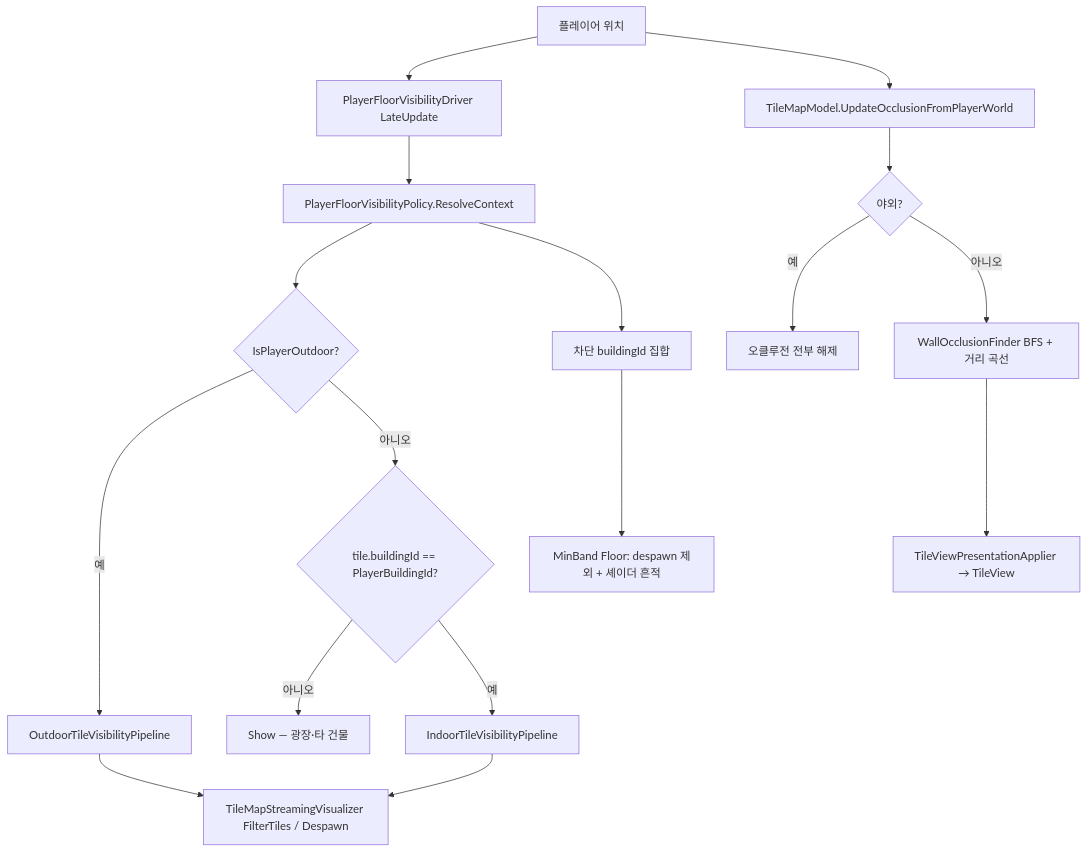
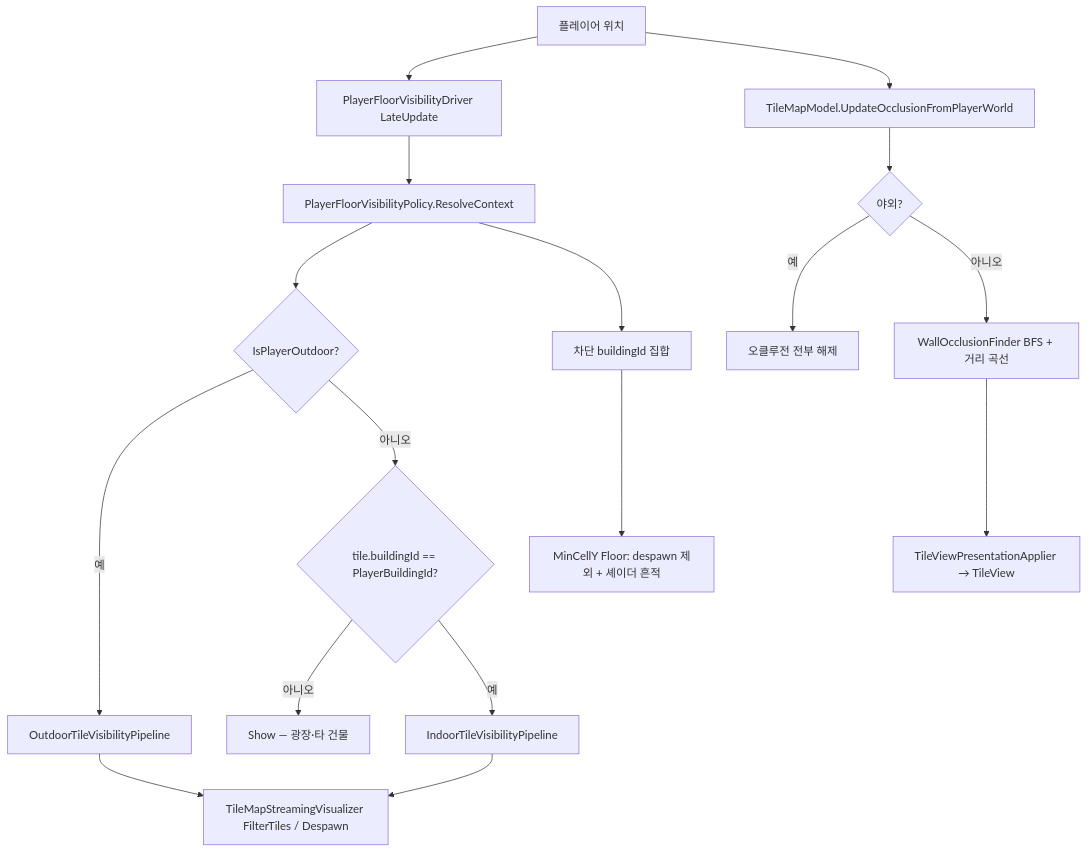
One commit to garunnir/Project_Pictureless changed the diagram in Assets/Dist/Scripts/Map/TileMap/TILEMAP_VISIBILITY.md. Above: the diagram before and after it, drawn with Mermaid. The commit also changed other lines of this file and 23 other files, not shown here.

First line of the commit message:
Use cellY instead of band for floor indexing

````diff
--- a/Assets/Dist/Scripts/Map/TileMap/TILEMAP_VISIBILITY.md
+++ b/Assets/Dist/Scripts/Map/TileMap/TILEMAP_VISIBILITY.md
@@ -17,20 +19,20 @@
 ```mermaid
 flowchart TD
     Player[플레이어 위치] --> Driver[PlayerFloorVisibilityDriver LateUpdate]
     Driver --> Policy[PlayerFloorVisibilityPolicy.ResolveContext]
     Policy --> Outdoor{IsPlayerOutdoor?}
     Outdoor -->|예| OutdoorPipe[OutdoorTileVisibilityPipeline]
     Outdoor -->|아니오| IndoorBranch{tile.buildingId == PlayerBuildingId?}
     IndoorBranch -->|아니오| ShowOther[Show — 광장·타 건물]
     IndoorBranch -->|예| IndoorPipe[IndoorTileVisibilityPipeline]
     OutdoorPipe --> Stream[TileMapStreamingVisualizer FilterTiles / Despawn]
     IndoorPipe --> Stream
     Policy --> SightLine[차단 buildingId 집합]
-    SightLine --> MinFloor[MinBand Floor: despawn 제외 + 셰이더 흔적]
+    SightLine --> MinFloor[MinCellY Floor: despawn 제외 + 셰이더 흔적]
 
     Player --> Model[TileMapModel.UpdateOcclusionFromPlayerWorld]
     Model --> OutdoorCheck{야외?}
     OutdoorCheck -->|예| ClearOcc[오클루전 전부 해제]
     OutdoorCheck -->|아니오| BFS[WallOcclusionFinder BFS + 거리 곡선]
     BFS --> Applier[TileViewPresentationApplier → TileView]
 ```
````
